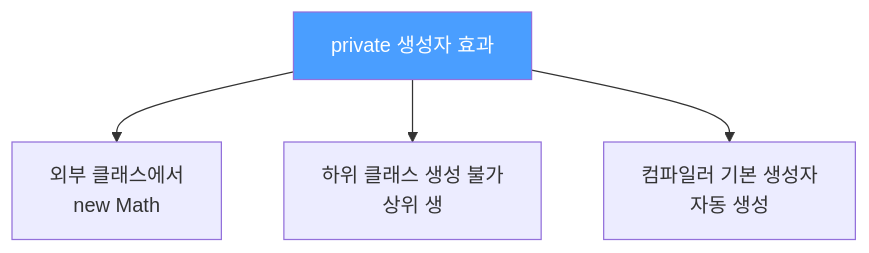
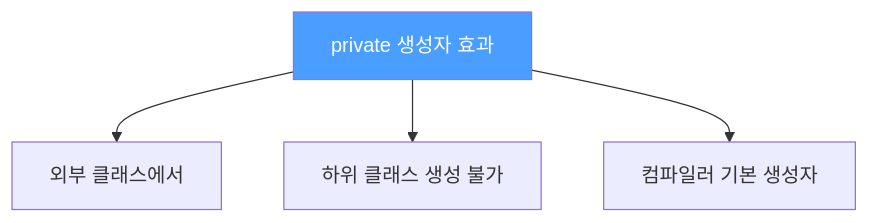
The first of 2 diagrams in _posts/java/2021-12-19-effective-java4.md (yjkim2015/yjkim2015.github.io), drawn with Mermaid before and after one commit. The commit also changed 217 other files, not shown here.

First line of the commit message:
Mermaid 크기 수정: useMaxWidth:true + SVG max-width:100% + 라벨 축소

````diff
--- a/_posts/java/2021-12-19-effective-java4.md
+++ b/_posts/java/2021-12-19-effective-java4.md
@@ -97,7 +97,7 @@
 ```mermaid
 graph TD
-    A["private 생성자 효과"] --> B["외부 클래스에서\nnew Math"]
-    A --> C["하위 클래스 생성 불가\n상위 생"]
-    A --> D["컴파일러 기본 생성자\n자동 생성"]
+    A["private 생성자 효과"] --> B["외부 클래스에서"]
+    A --> C["하위 클래스 생성 불가"]
+    A --> D["컴파일러 기본 생성자"]
     style A fill:#4a9eff,color:#fff
 ```
````
